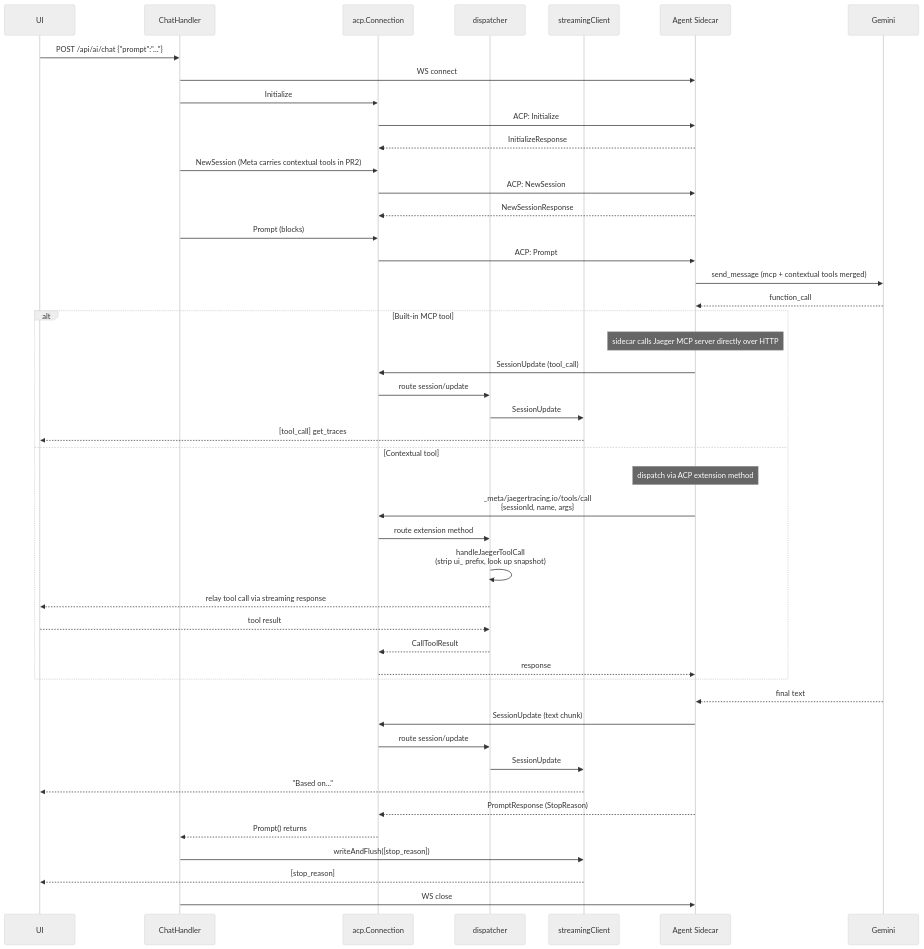
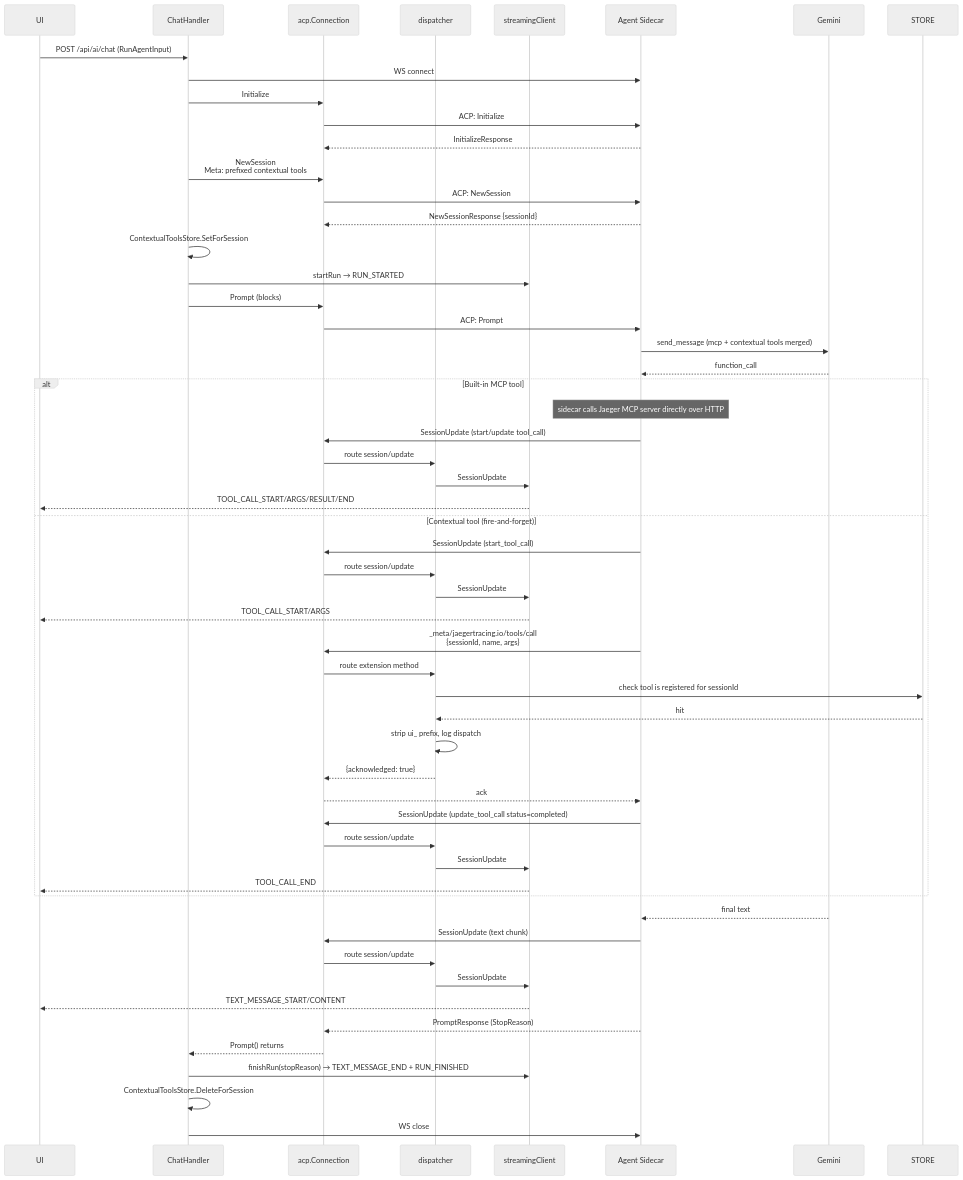
The second of 2 diagrams in cmd/jaeger/internal/extension/jaegerquery/internal/jaegerai/README.md (jaegertracing/jaeger), drawn with Mermaid (neutral theme) before and after one commit. The commit also changed other lines of this file and 14 other files, not shown here.

````diff
--- a/cmd/jaeger/internal/extension/jaegerquery/internal/jaegerai/README.md
+++ b/cmd/jaeger/internal/extension/jaegerquery/internal/jaegerai/README.md
@@ -118,53 +156,61 @@
 ```mermaid
 sequenceDiagram
     participant UI
     participant ChatHandler
     participant acpConn as acp.Connection
     participant DSP as dispatcher
     participant SC as streamingClient
     participant Sidecar as Agent Sidecar
     participant Gemini
 
-    UI->>ChatHandler: POST /api/ai/chat {"prompt":"..."}
+    UI->>ChatHandler: POST /api/ai/chat (RunAgentInput)
     ChatHandler->>Sidecar: WS connect
     ChatHandler->>acpConn: Initialize
     acpConn->>Sidecar: ACP: Initialize
     Sidecar-->>acpConn: InitializeResponse
-    ChatHandler->>acpConn: NewSession (Meta carries contextual tools in PR2)
+    ChatHandler->>acpConn: NewSession<br>Meta: prefixed contextual tools
     acpConn->>Sidecar: ACP: NewSession
-    Sidecar-->>acpConn: NewSessionResponse
+    Sidecar-->>acpConn: NewSessionResponse {sessionId}
+    ChatHandler->>ChatHandler: ContextualToolsStore.SetForSession
+    ChatHandler->>SC: startRun → RUN_STARTED
     ChatHandler->>acpConn: Prompt (blocks)
     acpConn->>Sidecar: ACP: Prompt
 
     Sidecar->>Gemini: send_message (mcp + contextual tools merged)
     Gemini-->>Sidecar: function_call
 
     alt Built-in MCP tool
         Note over Sidecar: sidecar calls Jaeger MCP server directly over HTTP
-        Sidecar->>acpConn: SessionUpdate (tool_call)
+        Sidecar->>acpConn: SessionUpdate (start/update tool_call)
         acpConn->>DSP: route session/update
         DSP->>SC: SessionUpdate
-        SC-->>UI: [tool_call] get_traces
-    else Contextual tool
-        Note over Sidecar: dispatch via ACP extension method
+        SC-->>UI: TOOL_CALL_START/ARGS/RESULT/END
+    else Contextual tool (fire-and-forget)
+        Sidecar->>acpConn: SessionUpdate (start_tool_call)
+        acpConn->>DSP: route session/update
+        DSP->>SC: SessionUpdate
+        SC-->>UI: TOOL_CALL_START/ARGS
         Sidecar->>acpConn: _meta/jaegertracing.io/tools/call<br>{sessionId, name, args}
         acpConn->>DSP: route extension method
-        DSP->>DSP: handleJaegerToolCall<br>(strip ui_ prefix, look up snapshot)
-        DSP-->>UI: relay tool call via streaming response
-        UI-->>DSP: tool result
-        DSP-->>acpConn: CallToolResult
-        acpConn-->>Sidecar: response
+        DSP->>STORE: check tool is registered for sessionId
+        STORE-->>DSP: hit
+        DSP->>DSP: strip ui_ prefix, log dispatch
+        DSP-->>acpConn: {acknowledged: true}
+        acpConn-->>Sidecar: ack
+        Sidecar->>acpConn: SessionUpdate (update_tool_call status=completed)
+        acpConn->>DSP: route session/update
+        DSP->>SC: SessionUpdate
+        SC-->>UI: TOOL_CALL_END
     end
 
     Gemini-->>Sidecar: final text
     Sidecar->>acpConn: SessionUpdate (text chunk)
     acpConn->>DSP: route session/update
     DSP->>SC: SessionUpdate
-    SC-->>UI: "Based on..."
-
+    SC-->>UI: TEXT_MESSAGE_START/CONTENT
     Sidecar-->>acpConn: PromptResponse (StopReason)
     acpConn-->>ChatHandler: Prompt() returns
-    ChatHandler->>SC: writeAndFlush([stop_reason])
-    SC-->>UI: [stop_reason]
+    ChatHandler->>SC: finishRun(stopReason) → TEXT_MESSAGE_END + RUN_FINISHED
+    ChatHandler->>ChatHandler: ContextualToolsStore.DeleteForSession
     ChatHandler->>Sidecar: WS close
 ```
````
